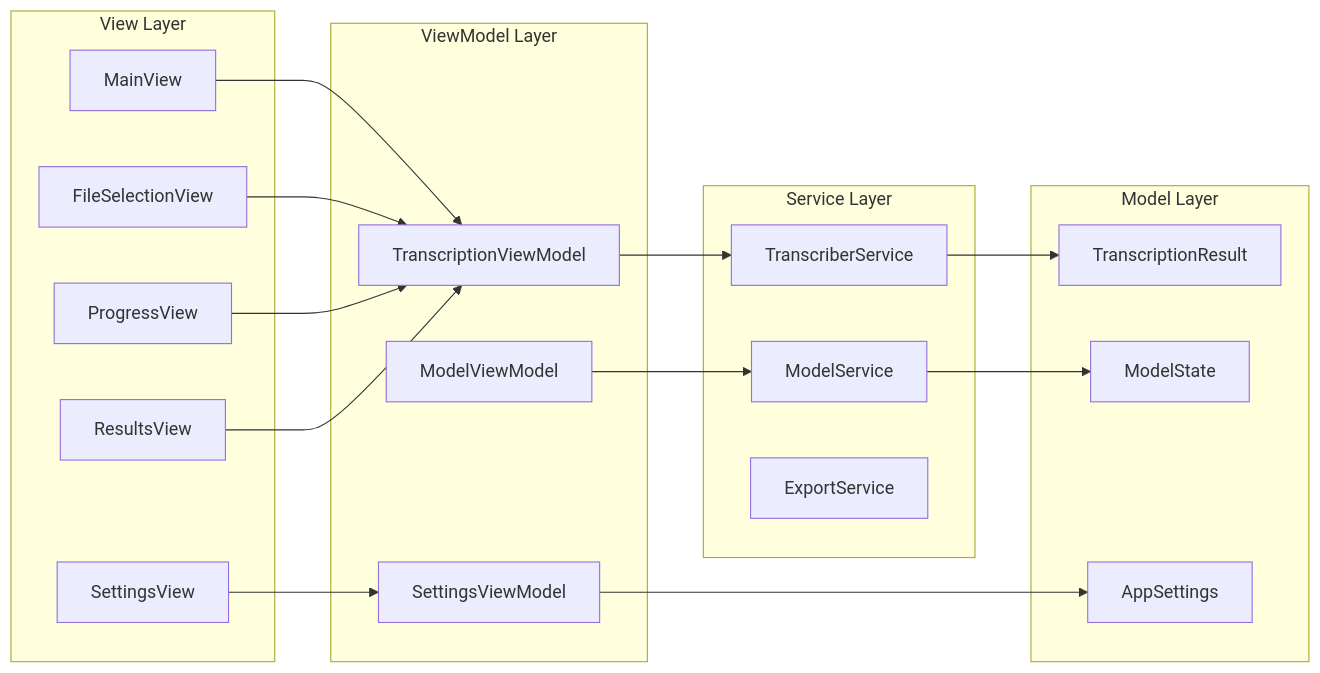
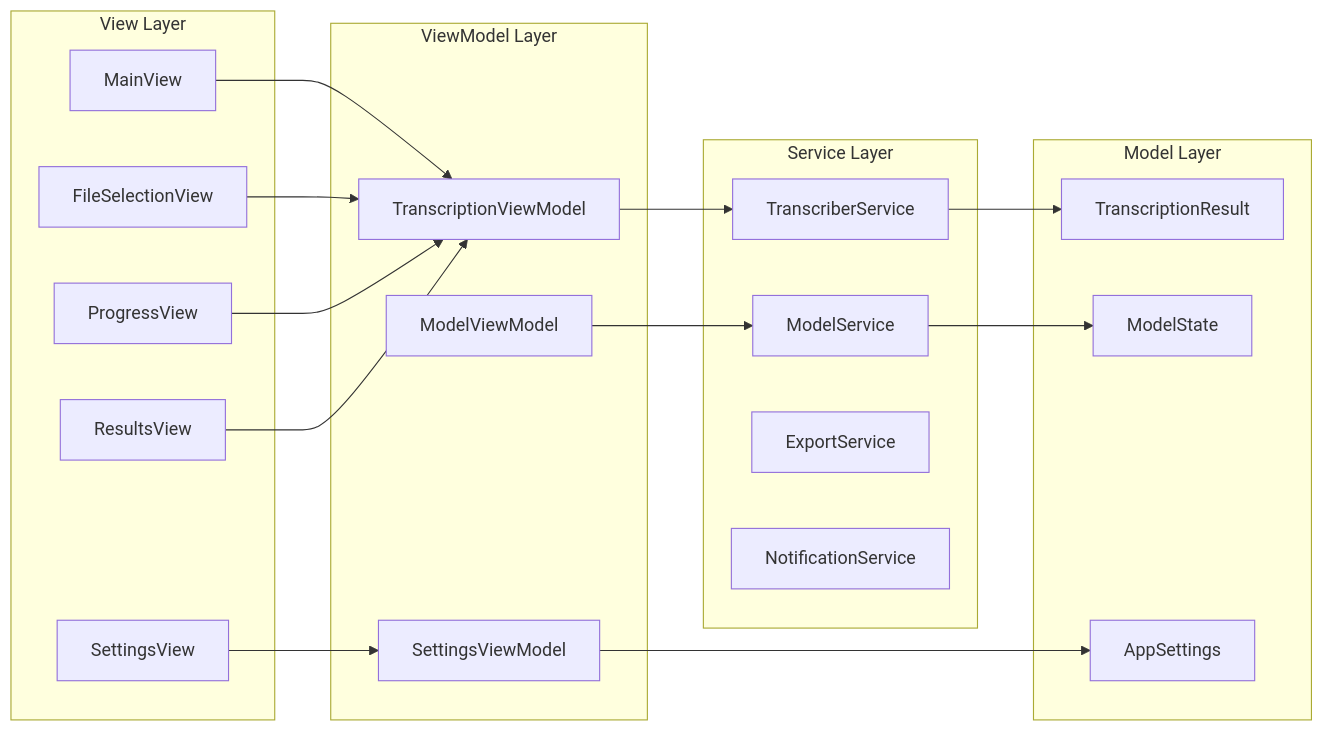
Before and after one commit to rodnoy/orangenoteGUI: the second of 3 diagrams in docs/ARCHITECTURE.md, drawn with Mermaid. The commit also changed other lines of this file and 10 other files, not shown here.

````diff
--- a/docs/ARCHITECTURE.md
+++ b/docs/ARCHITECTURE.md
@@ -412,41 +412,42 @@
 ```mermaid
 graph LR
     subgraph View Layer
         MV[MainView]
         FV[FileSelectionView]
         SV[SettingsView]
         PV[ProgressView]
         RV[ResultsView]
     end
     
     subgraph ViewModel Layer
         TVM[TranscriptionViewModel]
         MVM[ModelViewModel]
         SVM[SettingsViewModel]
     end
     
     subgraph Model Layer
         TR[TranscriptionResult]
         MS[ModelState]
         AS[AppSettings]
     end
     
     subgraph Service Layer
         TS[TranscriberService]
         MS2[ModelService]
         ES[ExportService]
+        NS[NotificationService]
     end
     
     MV --> TVM
     FV --> TVM
     SV --> SVM
     PV --> TVM
     RV --> TVM
     
     TVM --> TS
     MVM --> MS2
     
     TS --> TR
     MS2 --> MS
     SVM --> AS
 ```
````
